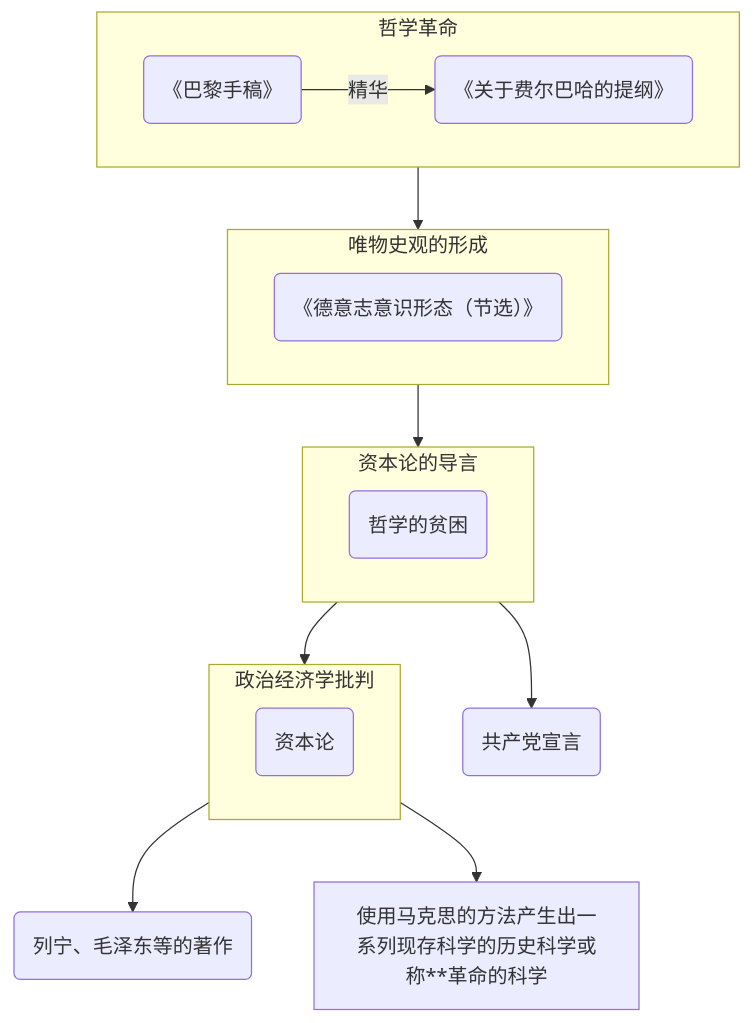
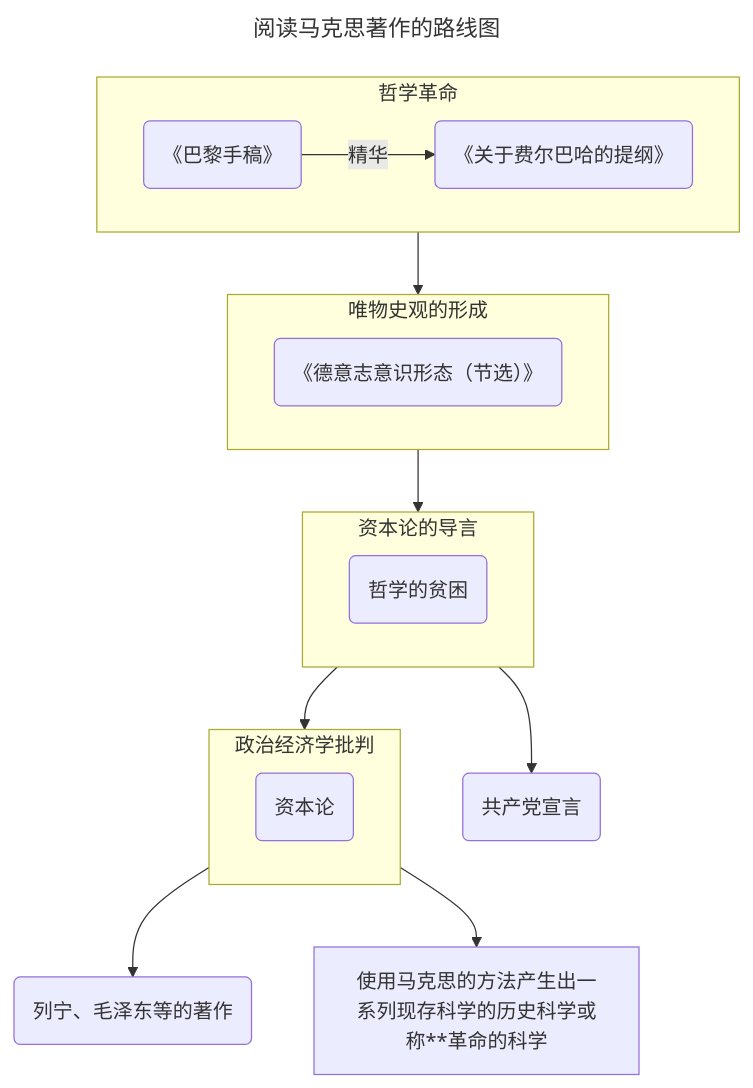
One commit to rainsins/rainsins.github.io changed the diagram in _posts/2024-08-07-marx.md. Above: the diagram before and after it, drawn with Mermaid. The commit also changed other lines of this file, not shown here.

Commit message:
update mermaid->title

````diff
--- a/_posts/2024-08-07-marx.md
+++ b/_posts/2024-08-07-marx.md
@@ -96,20 +96,24 @@
 ```mermaid
+---
+title: 阅读马克思著作的路线图
+---
+
 flowchart
     subgraph 哲学革命
     V(《巴黎手稿》) -->|精华| C(《关于费尔巴哈的提纲》)
     end
     subgraph 唯物史观的形成
     E(《德意志意识形态（节选）》)
     end
     subgraph 资本论的导言
     F(哲学的贫困)
     end
     subgraph 政治经济学批判
     I(资本论)
     end
     H(共产党宣言)
     哲学革命 --> 唯物史观的形成 --> 资本论的导言--> 政治经济学批判
     资本论的导言 --> H
     政治经济学批判 --> N(列宁、毛泽东等的著作)
     政治经济学批判 --> J[使用马克思的方法产生出一系列现存科学的历史科学或称**革命的科学]
 ```
````
